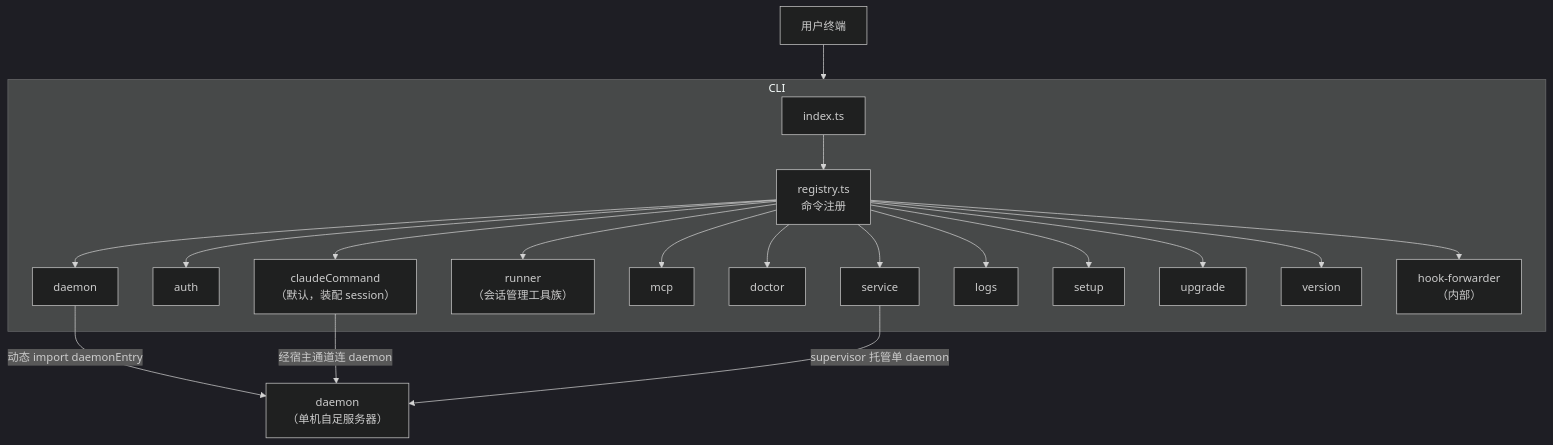
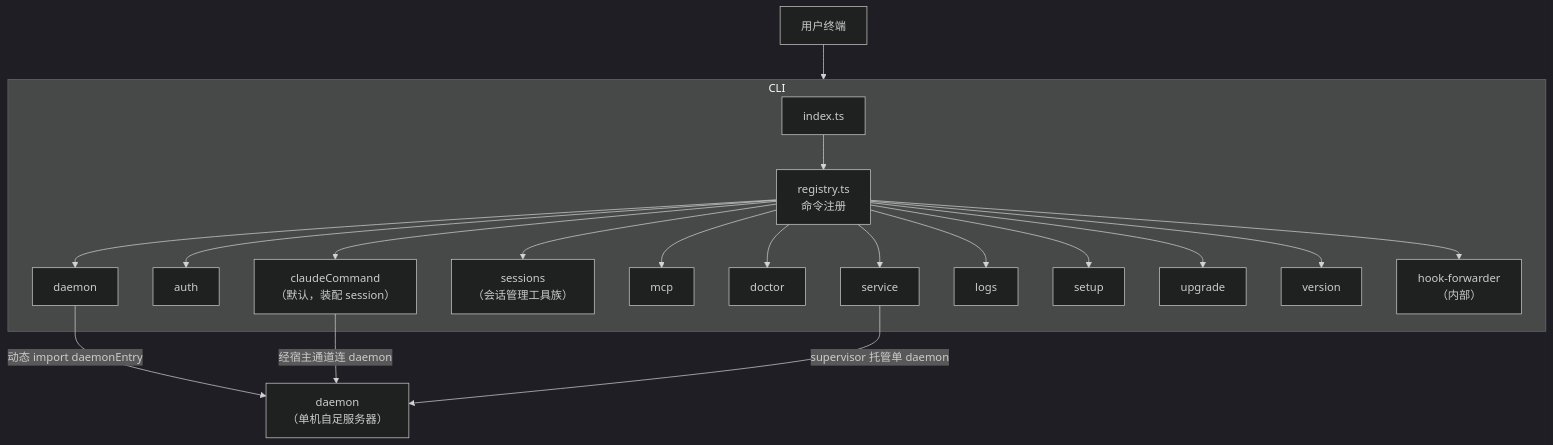
One commit to ModuBit/mobi changed the first of 3 diagrams in docs/architecture/cli/README.md. Above: the diagram before and after it, drawn with Mermaid (dark theme). The commit also changed other lines of this file and 86 other files, not shown here.

````diff
--- a/docs/architecture/cli/README.md
+++ b/docs/architecture/cli/README.md
@@ -7,28 +7,28 @@
 ```mermaid
 graph TB
     User["用户终端"] --> CLI["mobi CLI"]
 
     subgraph CLI
         Entry["index.ts"]
         Registry["registry.ts<br/>命令注册"]
         CmdDefault["claudeCommand<br/>（默认，装配 session）"]
         CmdAuth["auth"]
         CmdDaemon["daemon"]
-        CmdRunner["runner<br/>（会话管理工具族）"]
+        CmdSessions["sessions<br/>（会话管理工具族）"]
         CmdMcp["mcp"]
         CmdDoctor["doctor"]
         CmdService["service"]
         CmdLogs["logs"]
         CmdSetup["setup"]
         CmdUpgrade["upgrade"]
         CmdVersion["version"]
         CmdHook["hook-forwarder<br/>（内部）"]
     end
 
     Entry --> Registry
-    Registry --> CmdDefault & CmdAuth & CmdDaemon & CmdRunner & CmdMcp & CmdDoctor & CmdService & CmdLogs & CmdSetup & CmdUpgrade & CmdVersion & CmdHook
+    Registry --> CmdDefault & CmdAuth & CmdDaemon & CmdSessions & CmdMcp & CmdDoctor & CmdService & CmdLogs & CmdSetup & CmdUpgrade & CmdVersion & CmdHook
 
     CmdDaemon -->|"动态 import daemonEntry"| Daemon["daemon<br/>（单机自足服务器）"]
     CmdDefault -->|"经宿主通道连 daemon"| Daemon
     CmdService -->|"supervisor 托管单 daemon"| Daemon
 ```
````
